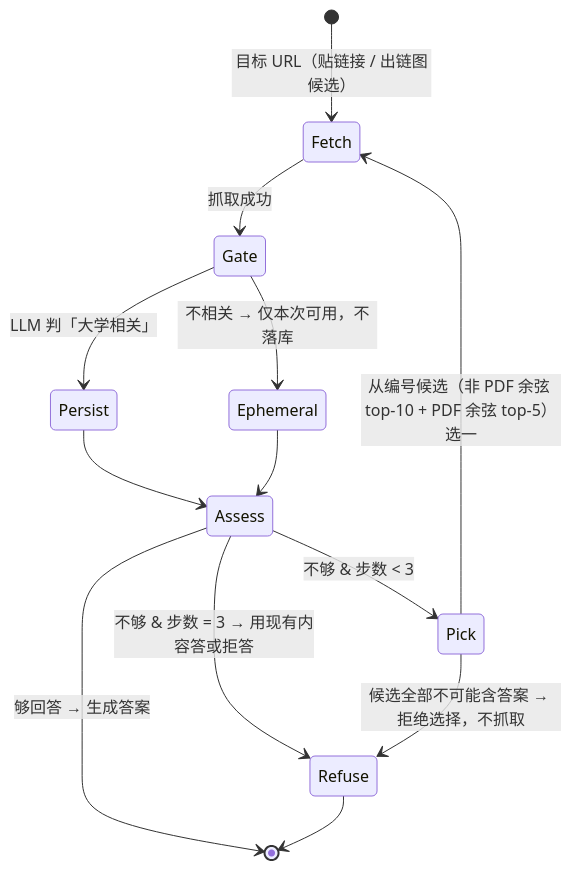
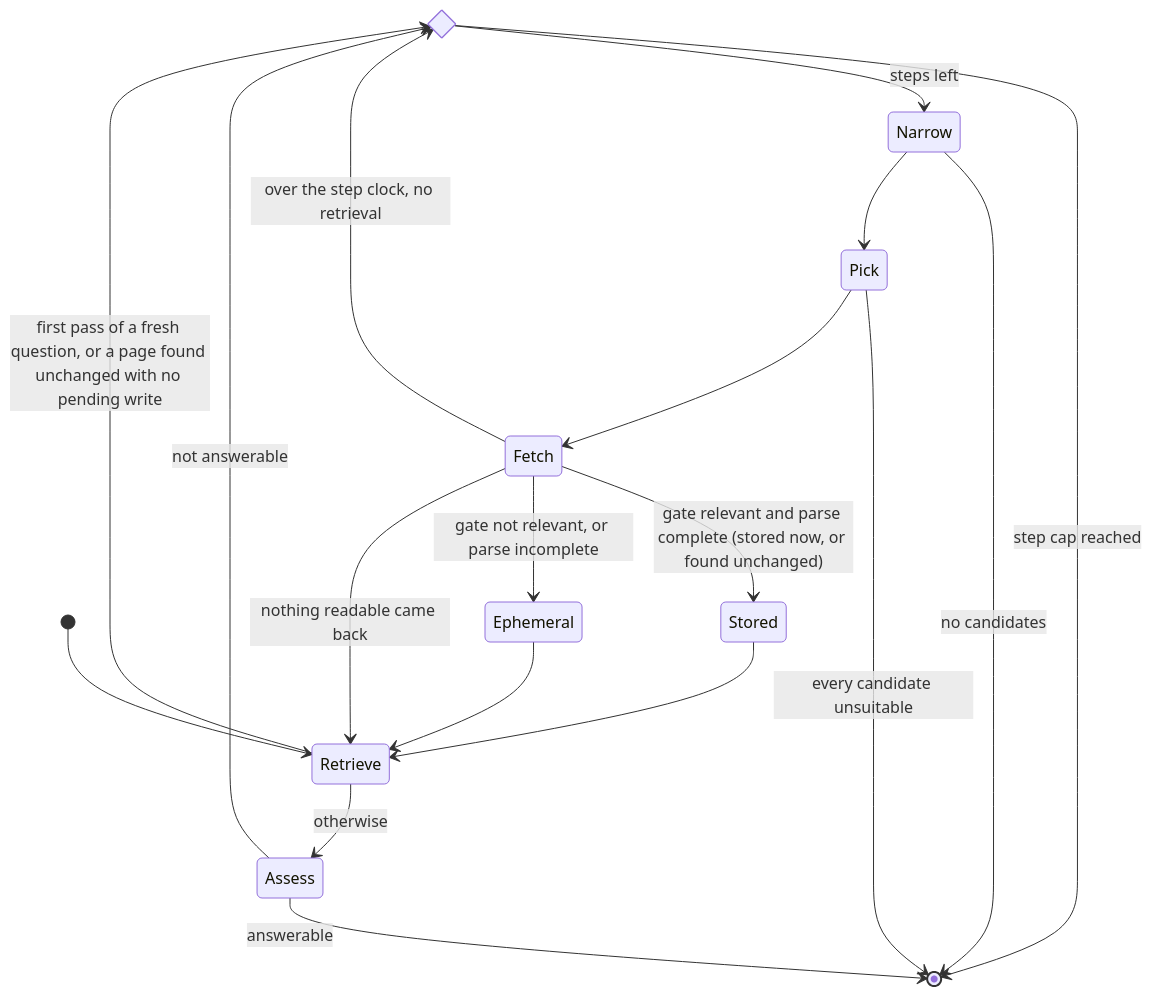
One commit to Zhengjunliang/multilingual-course-assistant changed the diagram in docs/unifi-web-source.md. Above: the diagram before and after it, drawn with Mermaid. The commit also changed other lines of this file and 2 other files, not shown here.

````diff
--- a/docs/unifi-web-source.md
+++ b/docs/unifi-web-source.md
@@ -59,15 +50,21 @@
 ```mermaid
 stateDiagram-v2
-    [*] --> Fetch: 目标 URL（贴链接 / 出链图候选）
-    Fetch --> Gate: 抓取成功
-    Gate --> Persist: LLM 判「大学相关」
-    Gate --> Ephemeral: 不相关 → 仅本次可用，不落库
-    Persist --> Assess
-    Ephemeral --> Assess
-    Assess --> [*]: 够回答 → 生成答案
-    Assess --> Pick: 不够 & 步数 < 3
-    Assess --> Refuse: 不够 & 步数 = 3 → 用现有内容答或拒答
-    Pick --> Fetch: 从编号候选（非 PDF 余弦 top-10 + PDF 余弦 top-5）选一
-    Pick --> Refuse: 候选全部不可能含答案 → 拒绝选择，不抓取
-    Refuse --> [*]
+    state Cap <<choice>>
+    [*] --> Retrieve
+    Retrieve --> Assess: otherwise
+    Retrieve --> Cap: first pass of a fresh question, or a page found unchanged with no pending write
+    Assess --> [*]: answerable
+    Assess --> Cap: not answerable
+    Cap --> [*]: step cap reached
+    Cap --> Narrow: steps left
+    Narrow --> [*]: no candidates
+    Narrow --> Pick
+    Pick --> [*]: every candidate unsuitable
+    Pick --> Fetch
+    Fetch --> Cap: over the step clock, no retrieval
+    Fetch --> Stored: gate relevant and parse complete (stored now, or found unchanged)
+    Fetch --> Ephemeral: gate not relevant, or parse incomplete
+    Fetch --> Retrieve: nothing readable came back
+    Stored --> Retrieve
+    Ephemeral --> Retrieve
 ```
````
